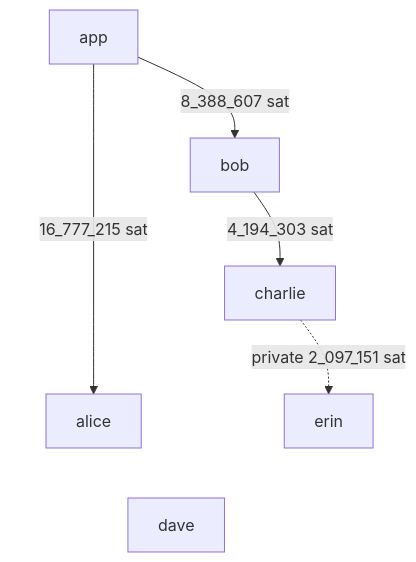
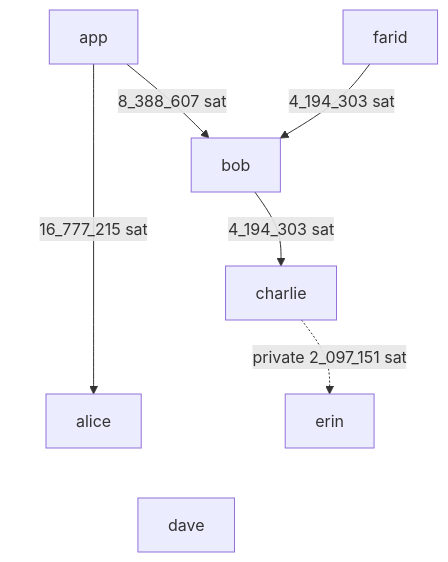
The diagram in docker/regtest/lightning-regtest-setup-devel/README.md (theborakompanioni/bitcoin-spring-boot-starter), drawn with Mermaid before and after one commit. The commit also changed other lines of this file and 14 other files, not shown here.

````diff
--- a/docker/regtest/lightning-regtest-setup-devel/README.md
+++ b/docker/regtest/lightning-regtest-setup-devel/README.md
@@ -28,12 +32,14 @@
 ```mermaid
 flowchart TB
    app -->|16_777_215 sat| alice
    app -->|8_388_607 sat| bob
    bob -->|4_194_303 sat| charlie
+   farid -->|4_194_303 sat| bob
    charlie -. private 2_097_151 sat .-> erin
    app ~~~ dave
    alice ~~~ dave
    bob ~~~ dave
    charlie ~~~ dave
    erin ~~~ dave
+   farid ~~~ dave
 ```
````
